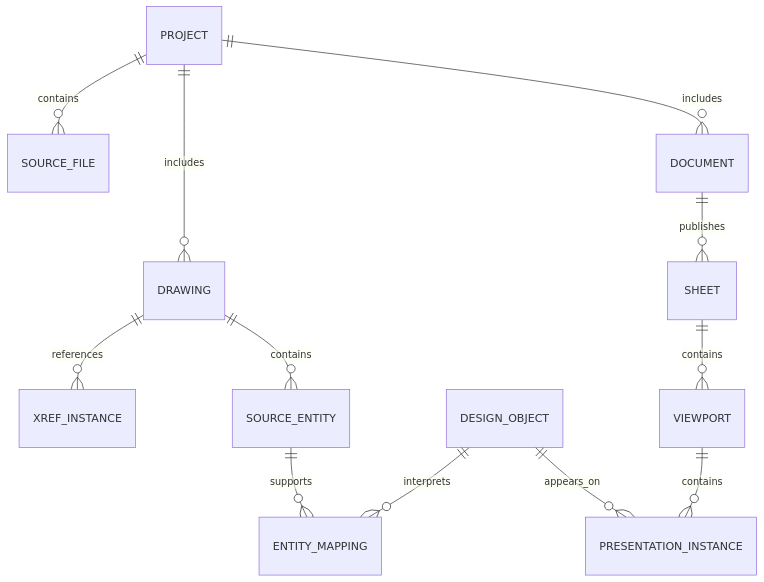
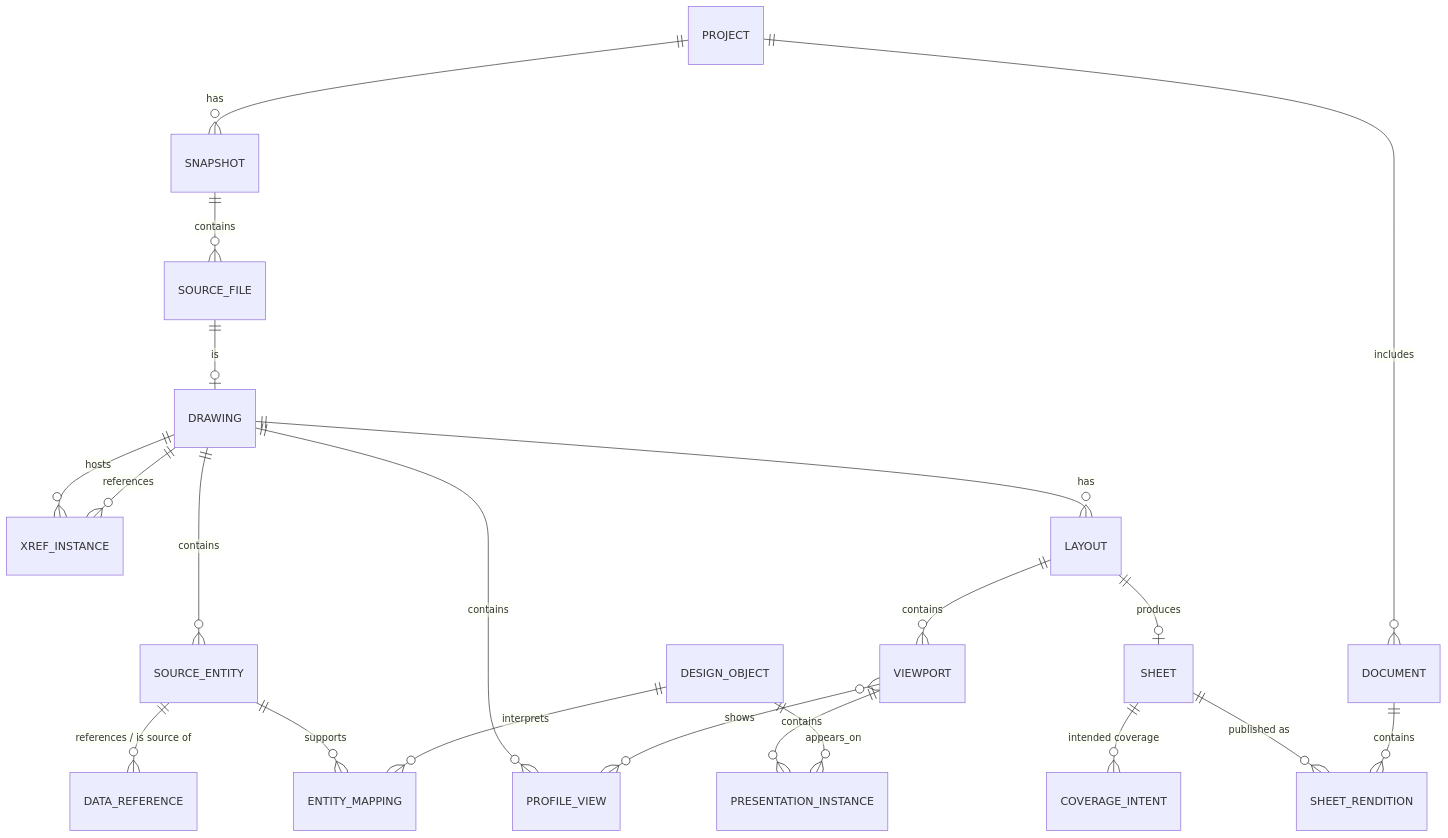
The diagram in docs/diagrams/project-drawing-sheet.md (dkylewillis/core), drawn with Mermaid before and after one commit. The commit also changed 4 other files, not shown here.

Commit message:
docs: update diagrams for the extended data model and review store

````diff
--- a/docs/diagrams/project-drawing-sheet.md
+++ b/docs/diagrams/project-drawing-sheet.md
@@ -3,14 +3,23 @@
 ```mermaid
 erDiagram
-  PROJECT ||--o{ SOURCE_FILE : contains
-  PROJECT ||--o{ DRAWING : includes
+  PROJECT ||--o{ SNAPSHOT : has
+  SNAPSHOT ||--o{ SOURCE_FILE : contains
+  SOURCE_FILE ||--o| DRAWING : is
   PROJECT ||--o{ DOCUMENT : includes
-  DRAWING ||--o{ XREF_INSTANCE : references
+  DRAWING ||--o{ XREF_INSTANCE : hosts
+  XREF_INSTANCE }o--|| DRAWING : references
   DRAWING ||--o{ SOURCE_ENTITY : contains
+  SOURCE_ENTITY ||--o{ DATA_REFERENCE : "references / is source of"
   SOURCE_ENTITY ||--o{ ENTITY_MAPPING : supports
   DESIGN_OBJECT ||--o{ ENTITY_MAPPING : interprets
-  DOCUMENT ||--o{ SHEET : publishes
-  SHEET ||--o{ VIEWPORT : contains
+  DRAWING ||--o{ LAYOUT : has
+  LAYOUT ||--o{ VIEWPORT : contains
+  DRAWING ||--o{ PROFILE_VIEW : contains
+  VIEWPORT }o--o{ PROFILE_VIEW : shows
+  LAYOUT ||--o| SHEET : produces
+  SHEET ||--o{ COVERAGE_INTENT : "intended coverage"
+  SHEET ||--o{ SHEET_RENDITION : "published as"
+  DOCUMENT ||--o{ SHEET_RENDITION : contains
   VIEWPORT ||--o{ PRESENTATION_INSTANCE : contains
   DESIGN_OBJECT ||--o{ PRESENTATION_INSTANCE : appears_on
 ```
````
